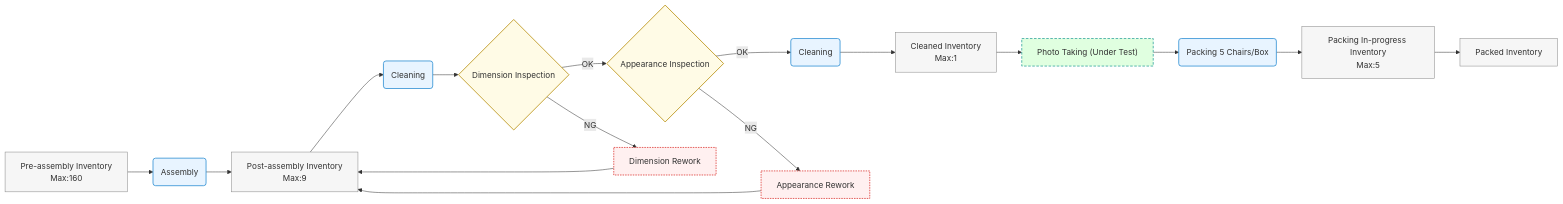
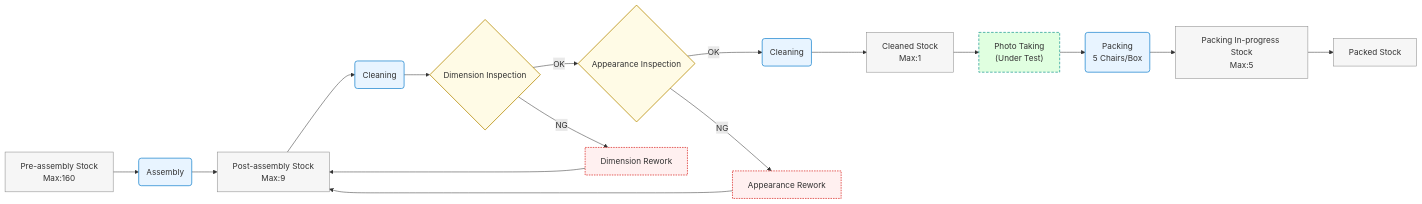
The diagram in docs/flows/example.mmd (sokokoko-git/mermaid-flows), drawn with Mermaid before and after one commit.

```diff
--- a/docs/flows/example.mmd
+++ b/docs/flows/example.mmd
@@ -1,41 +1,41 @@
 flowchart LR
   %% GitHub friendly: avoid nested [] and use <br/> for line breaks
 
-  A[Pre-assembly Inventory<br/>Max:160] --> B(Assembly)
-  B --> C[Post-assembly Inventory<br/>Max:9]
+  A[Pre-assembly Stock<br/>Max:160] --> B(Assembly)
+  B --> C[Post-assembly Stock<br/>Max:9]
 
-  %% Added cleaning after post-assembly inventory
+  %% Added cleaning after post-assembly stock
   C --> C1(Cleaning)
   C1 --> D{Dimension Inspection}
 
   D -->|OK| E{Appearance Inspection}
   D -->|NG| D1[Dimension Rework]
-  %% Reworked items return to post-assembly inventory
+  %% Reworked items return to post-assembly stock
   D1 --> C
 
   E -->|OK| F(Cleaning)
   E -->|NG| E1[Appearance Rework]
-  %% Reworked items return to post-assembly inventory
+  %% Reworked items return to post-assembly stock
   E1 --> C
 
-  F --> G[Cleaned Inventory<br/>Max:1]
+  F --> G[Cleaned Stock<br/>Max:1]
 
-  %% Added photo-taking process (special case) after cleaned inventory
-  G --> G1["Photo Taking (Under Test)"]
-  G1 --> H(Packing 5 Chairs/Box)
+  %% Added photo-taking process (special case) after cleaned stock
+  G --> G1["Photo Taking<br/>(Under Test)"]
+  G1 --> H(Packing<br/>5 Chairs/Box)
 
-  H --> I[Packing In-progress Inventory<br/>Max:5]
-  I --> J[Packed Inventory]
+  H --> I[Packing In-progress Stock<br/>Max:5]
+  I --> J[Packed Stock]
 
   %% Style definitions
   classDef store fill:#f6f6f6,stroke:#888,stroke-width:1px;
   classDef proc fill:#e8f4ff,stroke:#268bd2,stroke-width:1.5px;
   classDef gate fill:#fffbe6,stroke:#b58900,stroke-width:1.5px;
   classDef fix fill:#fff0f0,stroke:#dc322f,stroke-width:1.5px,stroke-dasharray:3 2;
   classDef special fill:#e0ffe0,stroke:#2aa198,stroke-width:1.5px,stroke-dasharray:5 3;
 
   class A,C,G,I,J store;
   class B,C1,F,H proc;
   class D,E gate;
   class D1,E1 fix;
   class G1 special;
```
